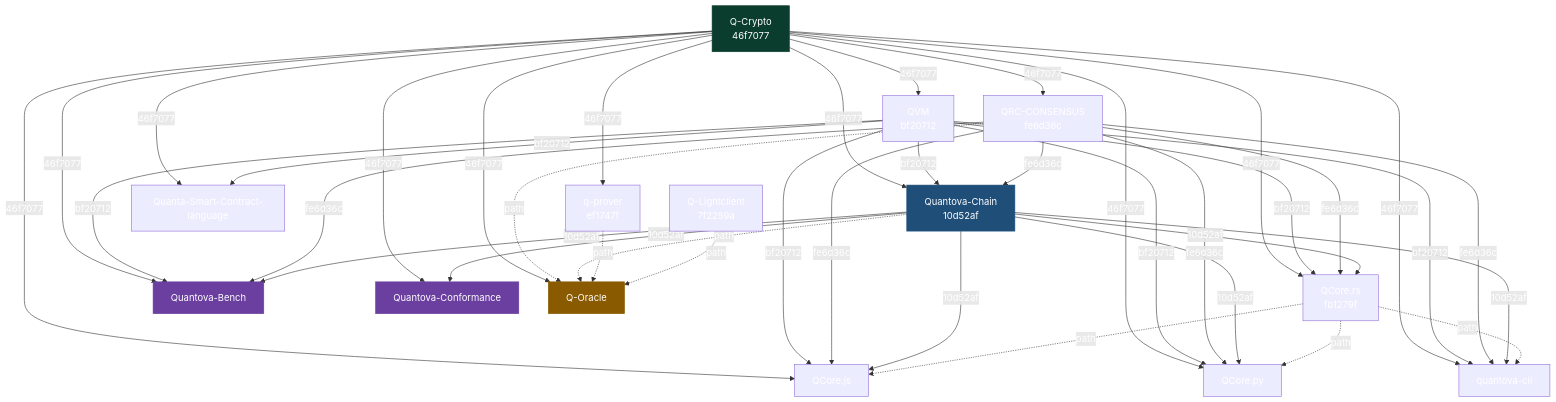
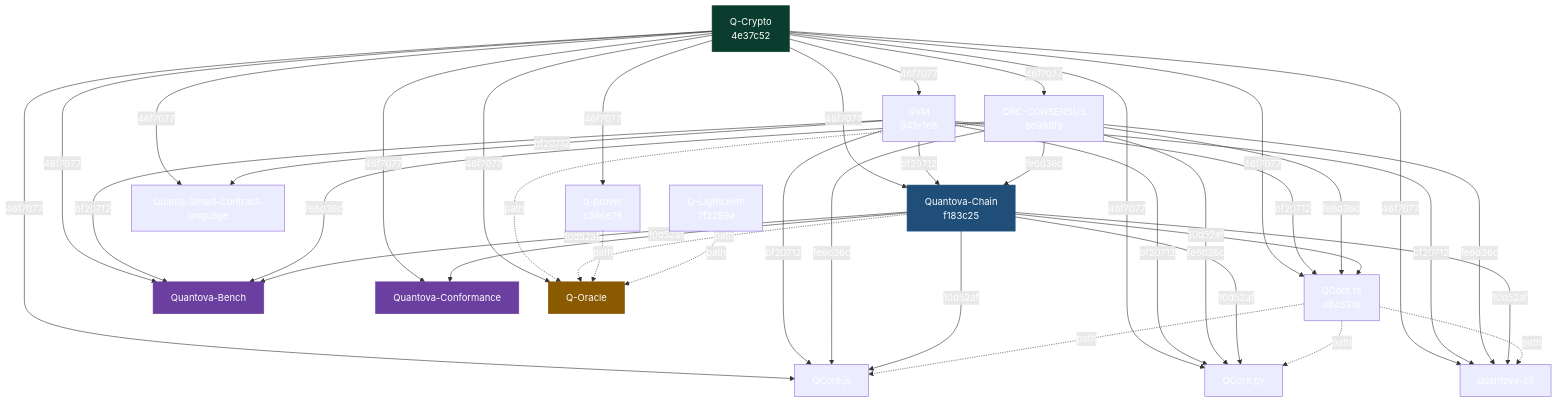
One commit to Quantova/Quantova-Ci changed the diagram in docs/pin-flow.md. Above: the diagram before and after it, drawn with Mermaid. The commit also changed other lines of this file, not shown here.

Commit message:
move to the chain and QCore.rs on protocol 2 with the one locked fee and the frozen deploy fee

````diff
--- a/docs/pin-flow.md
+++ b/docs/pin-flow.md
@@ -5,69 +5,69 @@
 ```mermaid
 graph TD
-    QCRYPTO["Q-Crypto<br/>46f7077"]
-    QVM["QVM<br/>bf20712"]
-    QRC["QRC-CONSENSUS<br/>fe6d36c"]
-    QPROVER["q-prover<br/>ef1747f"]
+    QCRYPTO["Q-Crypto<br/>4e37c52"]
+    QVM["QVM<br/>94fe7e8"]
+    QRC["QRC-CONSENSUS<br/>8e998f9"]
+    QPROVER["q-prover<br/>c56ce78"]
     QLC["Q-Lightclient<br/>7f2259a"]
-    CHAIN["Quantova-Chain<br/>10d52af"]
+    CHAIN["Quantova-Chain<br/>f183c25"]
     QUANTA["Quanta-Smart-Contract-language"]
-    QCORERS["QCore.rs<br/>fb1279f"]
+    QCORERS["QCore.rs<br/>a845316"]
     QCOREJS["QCore.js"]
     QCOREPY["QCore.py"]
     CLI["quantova-cli"]
     BENCH["Quantova-Bench"]
     CONF["Quantova-Conformance"]
     ORACLE["Q-Oracle"]
 
     QCRYPTO -->|46f7077| QVM
     QCRYPTO -->|46f7077| QRC
     QCRYPTO -->|46f7077| QPROVER
     QCRYPTO -->|46f7077| CHAIN
     QCRYPTO -->|46f7077| QUANTA
     QCRYPTO -->|46f7077| QCORERS
     QCRYPTO -->|46f7077| QCOREJS
     QCRYPTO -->|46f7077| QCOREPY
     QCRYPTO -->|46f7077| CLI
     QCRYPTO -->|46f7077| BENCH
     QCRYPTO -->|46f7077| CONF
     QCRYPTO -->|46f7077| ORACLE
 
     QVM -->|bf20712| CHAIN
     QVM -->|bf20712| QUANTA
     QVM -->|bf20712| QCORERS
     QVM -->|bf20712| QCOREJS
     QVM -->|bf20712| QCOREPY
     QVM -->|bf20712| CLI
     QVM -->|bf20712| BENCH
 
     QRC -->|fe6d36c| CHAIN
     QRC -->|fe6d36c| QCORERS
     QRC -->|fe6d36c| QCOREJS
     QRC -->|fe6d36c| QCOREPY
     QRC -->|fe6d36c| CLI
     QRC -->|fe6d36c| BENCH
 
     CHAIN -->|10d52af| QCORERS
     CHAIN -->|10d52af| QCOREJS
     CHAIN -->|10d52af| QCOREPY
     CHAIN -->|10d52af| CLI
     CHAIN -->|10d52af| BENCH
     CHAIN -->|10d52af| CONF
 
     QCORERS -.->|path| QCOREJS
     QCORERS -.->|path| QCOREPY
     QCORERS -.->|path| CLI
     QRC -.->|path| ORACLE
     CHAIN -.->|path| ORACLE
     QPROVER -.->|path| ORACLE
     QLC -.->|path| ORACLE
 
     classDef root fill:#0b3d2e,stroke:#0b3d2e,color:#ffffff
     classDef integ fill:#1f4e79,stroke:#1f4e79,color:#ffffff
     classDef leaf fill:#6b3fa0,stroke:#6b3fa0,color:#ffffff
     classDef airlock fill:#8a5a00,stroke:#8a5a00,color:#ffffff
     class QCRYPTO root
     class CHAIN integ
     class BENCH,CONF leaf
     class ORACLE airlock
 ```
````
